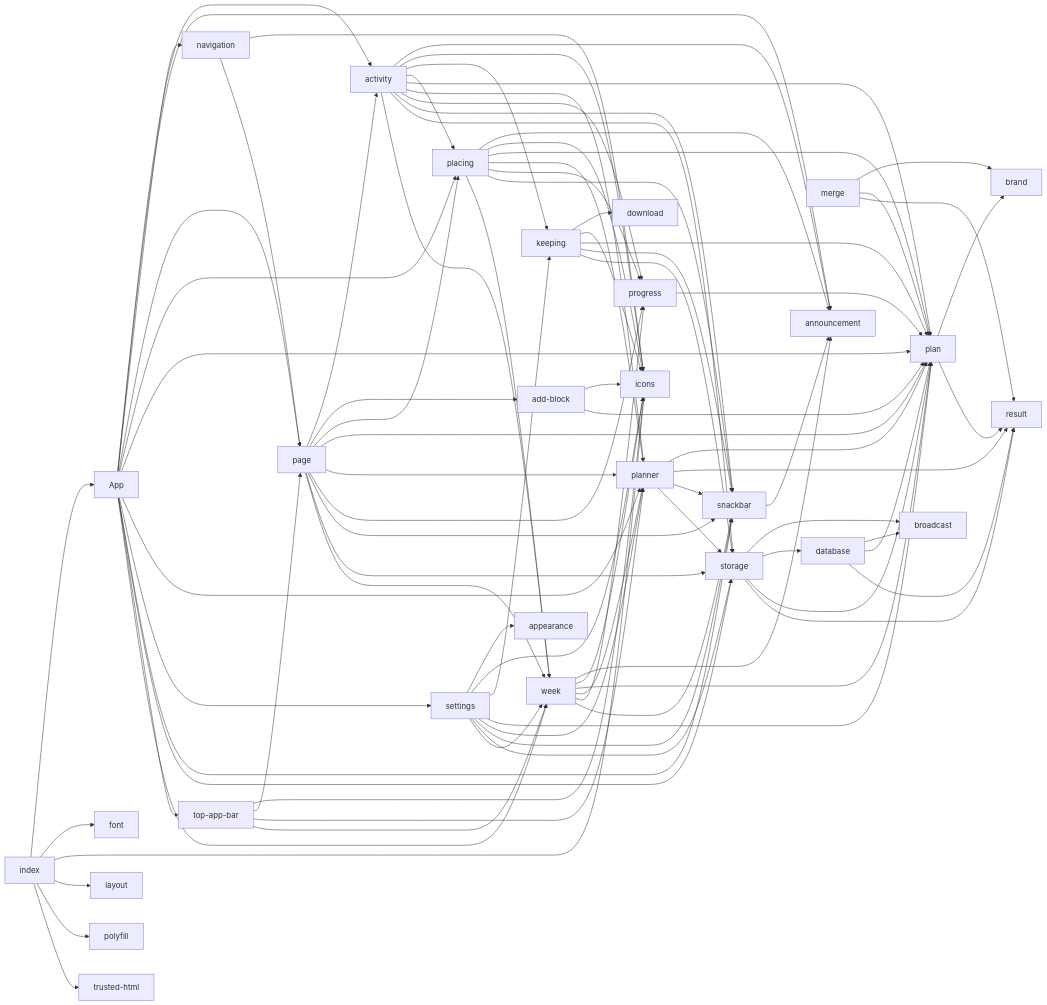
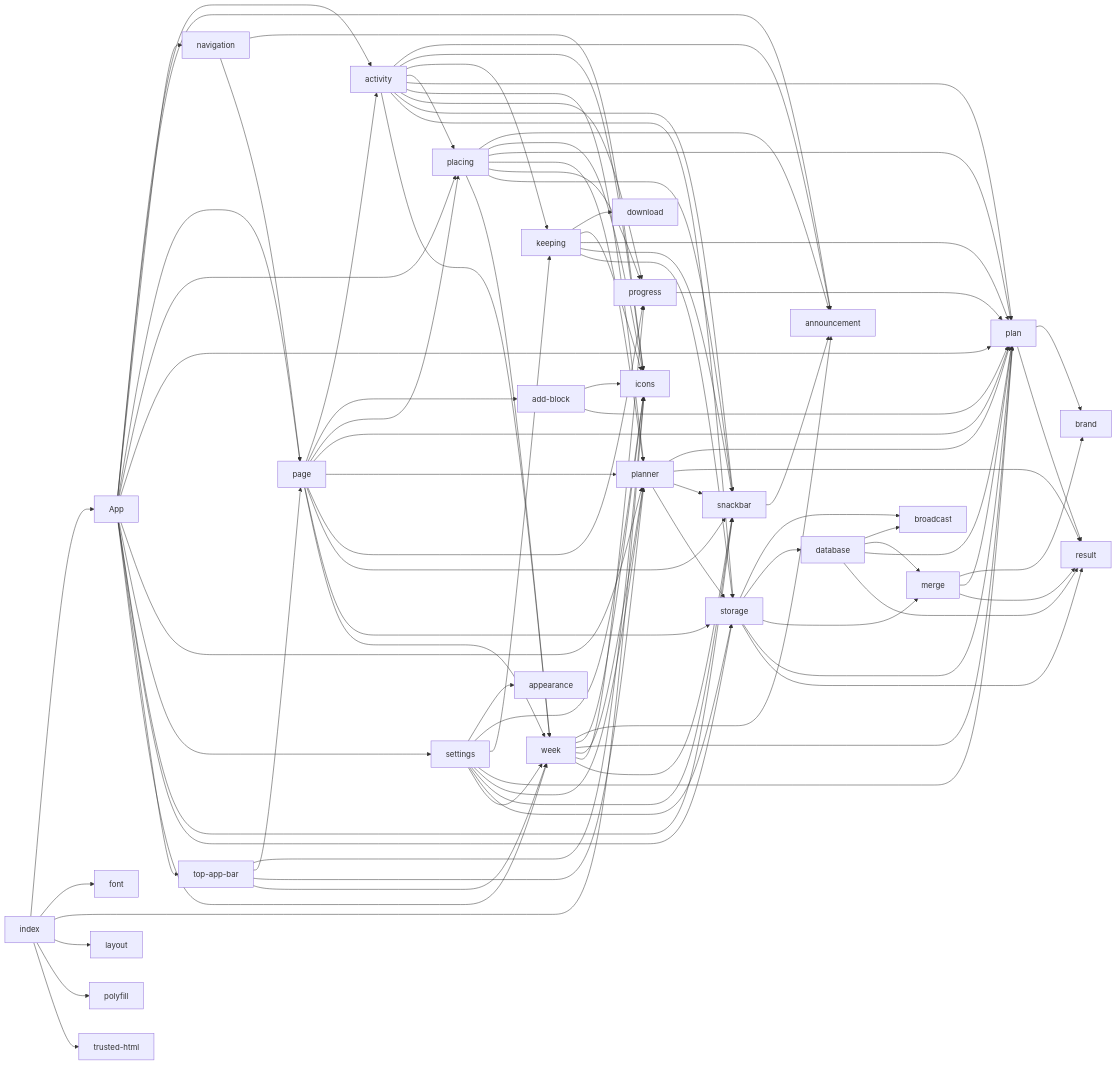
One commit to SantaClaas/week-budget-planner changed the diagram in docs/MODULES.md. Above: the diagram before and after it, drawn with Mermaid. The commit also changed 13 other files, not shown here.

```diff
--- a/docs/MODULES.md
+++ b/docs/MODULES.md
@@ -62,6 +62,7 @@
   module_App --> module_top_app_bar
   module_App --> module_week
   module_database --> module_broadcast
+  module_database --> module_merge
   module_database --> module_plan
   module_database --> module_result
   module_index --> module_App
@@ -114,6 +115,7 @@
   module_snackbar --> module_announcement
   module_storage --> module_broadcast
   module_storage --> module_database
+  module_storage --> module_merge
   module_storage --> module_plan
   module_storage --> module_result
   module_top_app_bar --> module_icons
```
